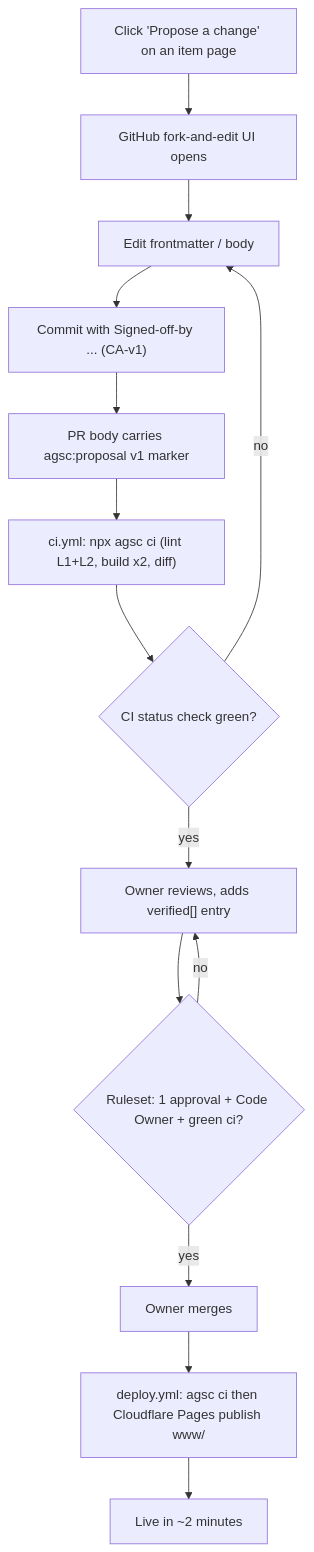
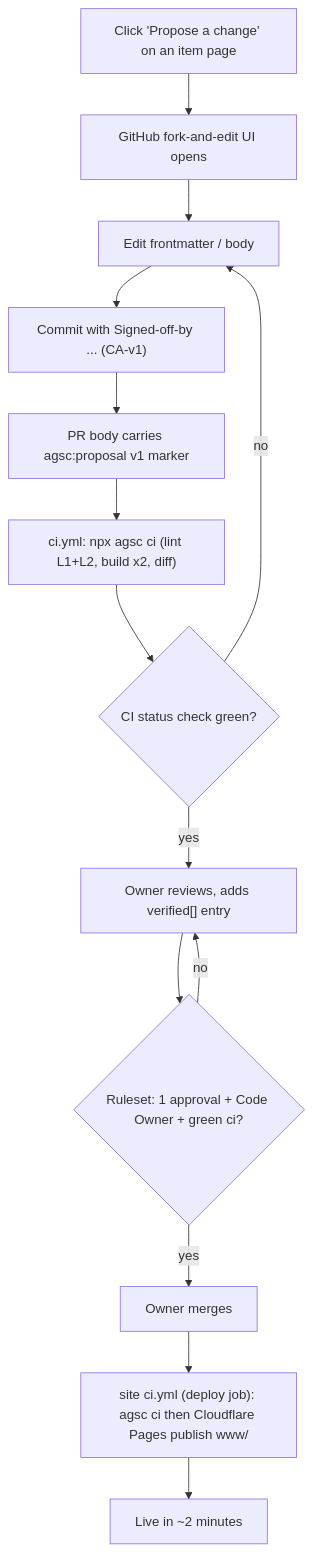
The second of 5 diagrams in docs/diagrams/user-flows.md (andreibesleaga/agentic-system-core), drawn with Mermaid before and after one commit. The commit also changed other lines of this file and 41 other files, not shown here.

````diff
--- a/docs/diagrams/user-flows.md
+++ b/docs/diagrams/user-flows.md
@@ -22,16 +22,16 @@
 ```mermaid
 flowchart TD
   A["Click 'Propose a change' on an item page"] --> B["GitHub fork-and-edit UI opens"]
   B --> C["Edit frontmatter / body"]
   C --> D["Commit with Signed-off-by ... (CA-v1)"]
   D --> E["PR body carries agsc:proposal v1 marker"]
   E --> F["ci.yml: npx agsc ci (lint L1+L2, build x2, diff)"]
   F --> G{"CI status check green?"}
   G -- no --> C
   G -- yes --> H["Owner reviews, adds verified[] entry"]
   H --> I{"Ruleset: 1 approval + Code Owner + green ci?"}
   I -- no --> H
   I -- yes --> J["Owner merges"]
-  J --> K["deploy.yml: agsc ci then Cloudflare Pages publish www/"]
+  J --> K["site ci.yml (deploy job): agsc ci then Cloudflare Pages publish www/"]
   K --> L["Live in ~2 minutes"]
 ```
````
